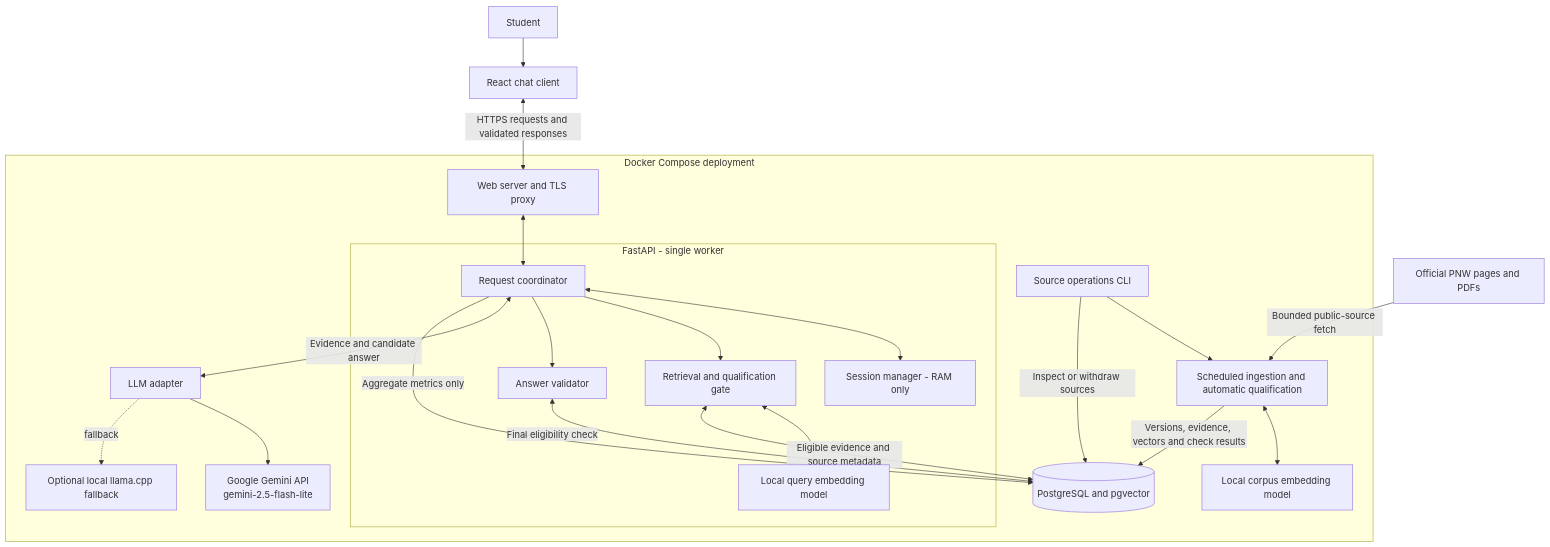
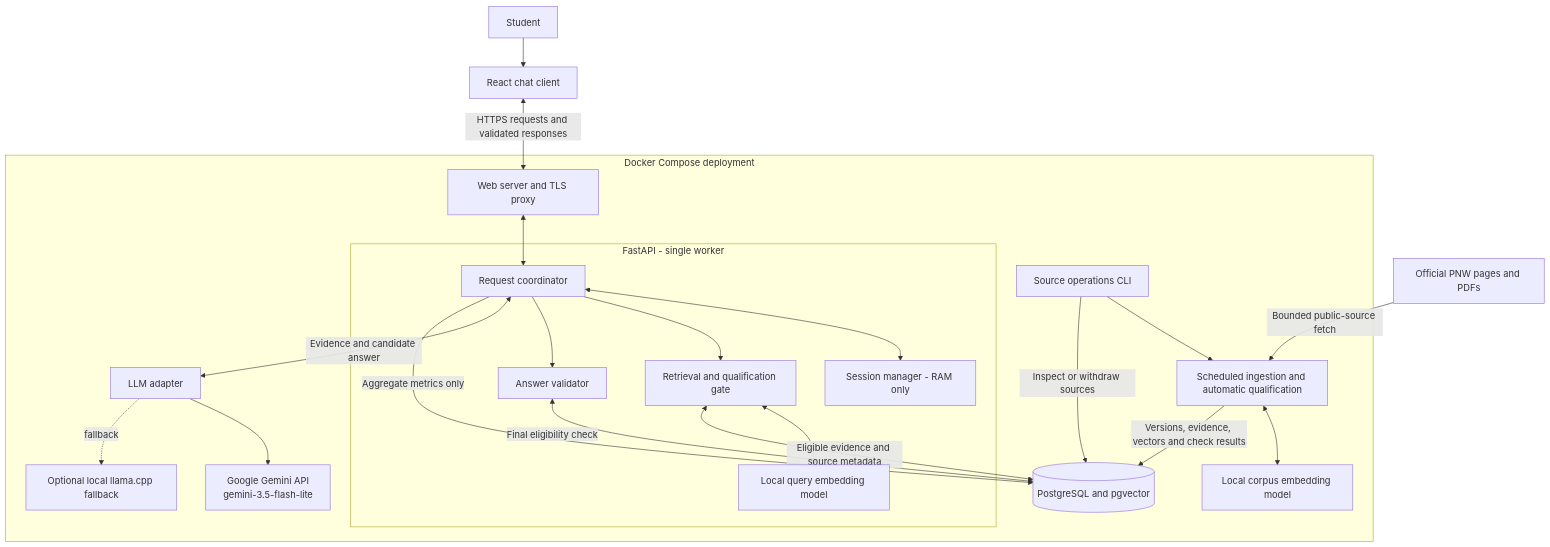
Before and after one commit to DKCodes-03/ChatBox: the first of 3 diagrams in specs/001-pnw-student-chatbot/plan.md, drawn with Mermaid. The commit also changed other lines of this file and 175 other files, not shown here.

````diff
--- a/specs/001-pnw-student-chatbot/plan.md
+++ b/specs/001-pnw-student-chatbot/plan.md
@@ -103,39 +103,39 @@
 ```mermaid
 flowchart TB
     Student[Student] --> Browser[React chat client]
     Sources[Official PNW pages and PDFs]
     subgraph Host[Docker Compose deployment]
         Web[Web server and TLS proxy]
         subgraph API[FastAPI - single worker]
             Coordinator[Request coordinator]
             Session[Session manager - RAM only]
             Retrieval[Retrieval and qualification gate]
             QueryEmbed[Local query embedding model]
             Validator[Answer validator]
             Coordinator <--> Session
             Coordinator --> Retrieval
             Retrieval <--> QueryEmbed
             Coordinator --> Validator
         end
         Model[LLM adapter]
-        Gemini[Google Gemini API\n gemini-2.5-flash-lite]
+        Gemini[Google Gemini API\n gemini-3.5-flash-lite]
         Local[Optional local llama.cpp fallback]
         DB[(PostgreSQL and pgvector)]
         Ingest[Scheduled ingestion and automatic qualification]
         CorpusEmbed[Local corpus embedding model]
         Operator[Source operations CLI]
         Web <--> Coordinator
         Retrieval <-->|Eligible evidence and source metadata| DB
         Coordinator <-->|Evidence and candidate answer| Model
         Model --> Gemini
         Model -. fallback .-> Local
         Validator <-->|Final eligibility check| DB
         Coordinator -->|Aggregate metrics only| DB
         Operator --> Ingest
         Operator -->|Inspect or withdraw sources| DB
         Ingest <--> CorpusEmbed
         Ingest -->|Versions, evidence, vectors and check results| DB
     end
     Browser <-->|HTTPS requests and validated responses| Web
     Sources -->|Bounded public-source fetch| Ingest
 ```
````
